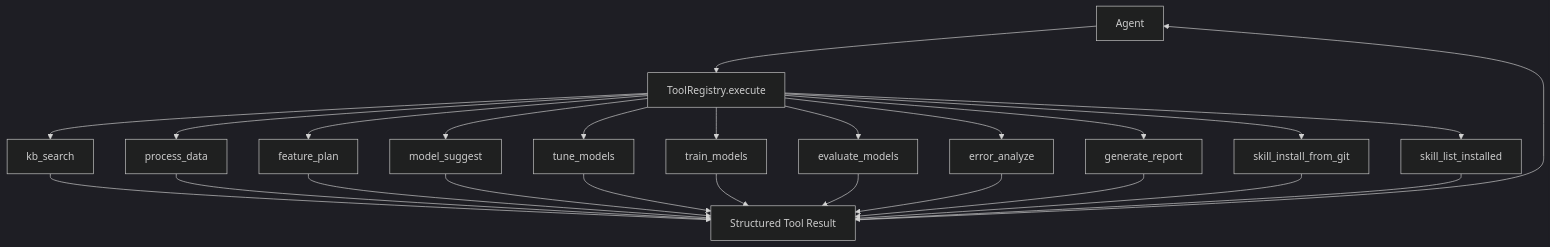
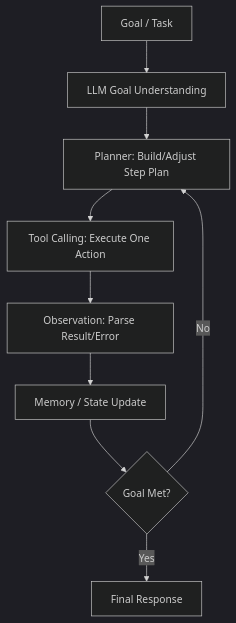
Before and after one commit to minw1012/multiagents: the diagram in system_redesign.md, drawn with Mermaid (dark theme). The commit also changed other lines of this file and 3 other files, not shown here.

````diff
--- a/system_redesign.md
+++ b/system_redesign.md
@@ -138,27 +23,11 @@
 ```mermaid
 flowchart TD
-    A[Agent] --> X[ToolRegistry.execute]
-    X --> K[kb_search]
-    X --> D[process_data]
-    X --> F[feature_plan]
-    X --> M[model_suggest]
-    X --> U[tune_models]
-    X --> T[train_models]
-    X --> E[evaluate_models]
-    X --> EA[error_analyze]
-    X --> R[generate_report]
-    X --> SI[skill_install_from_git]
-    X --> SL[skill_list_installed]
-    K --> RET[Structured Tool Result]
-    D --> RET
-    F --> RET
-    M --> RET
-    U --> RET
-    T --> RET
-    E --> RET
-    EA --> RET
-    R --> RET
-    SI --> RET
-    SL --> RET
-    RET --> A
+    A[Goal / Task] --> B[LLM Goal Understanding]
+    B --> C[Planner: Build/Adjust Step Plan]
+    C --> D[Tool Calling: Execute One Action]
+    D --> E[Observation: Parse Result/Error]
+    E --> F[Memory / State Update]
+    F --> G{Goal Met?}
+    G -- No --> C
+    G -- Yes --> H[Final Response]
 ```
````
